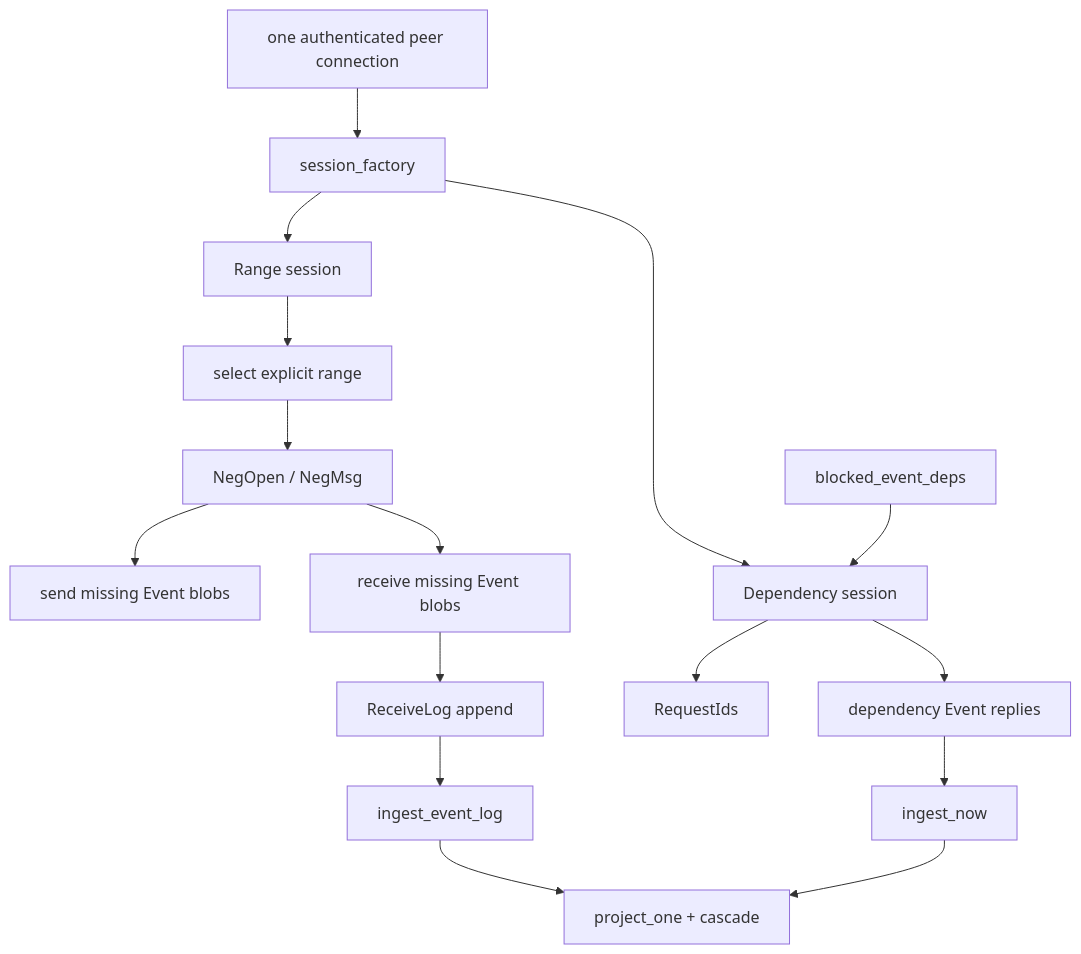
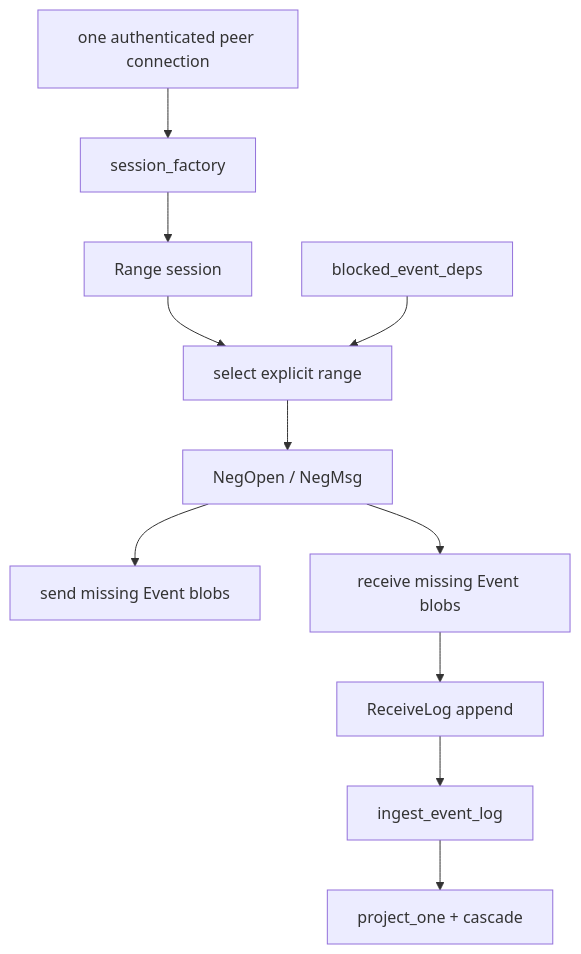
One commit to holmesworcester/topo changed the third of 8 diagrams in docs/DESIGN_DIAGRAMS.md. Above: the diagram before and after it, drawn with Mermaid. The commit also changed other lines of this file and 33 other files, not shown here.

````diff
--- a/docs/DESIGN_DIAGRAMS.md
+++ b/docs/DESIGN_DIAGRAMS.md
@@ -65,20 +61,14 @@
 ```mermaid
 flowchart TD
     PEER["one authenticated peer connection"] --> FACT["session_factory"]
 
     FACT --> RANGE["Range session"]
     RANGE --> WIN["select explicit range"]
     WIN --> NEG["NegOpen / NegMsg"]
     NEG --> SEND["send missing Event blobs"]
     NEG --> RECV["receive missing Event blobs"]
     RECV --> LOG["ReceiveLog append"]
     LOG --> INGEST["ingest_event_log"]
     INGEST --> PROJ["project_one + cascade"]
-
-    FACT --> DEP["Dependency session"]
-    BLOCKED["blocked_event_deps"] --> DEP
-    DEP --> REQ["RequestIds"]
-    DEP --> REPLY["dependency Event replies"]
-    REPLY --> NOW["ingest_now"]
-    NOW --> PROJ
+    BLOCKED["blocked_event_deps"] --> WIN
 ```
````
